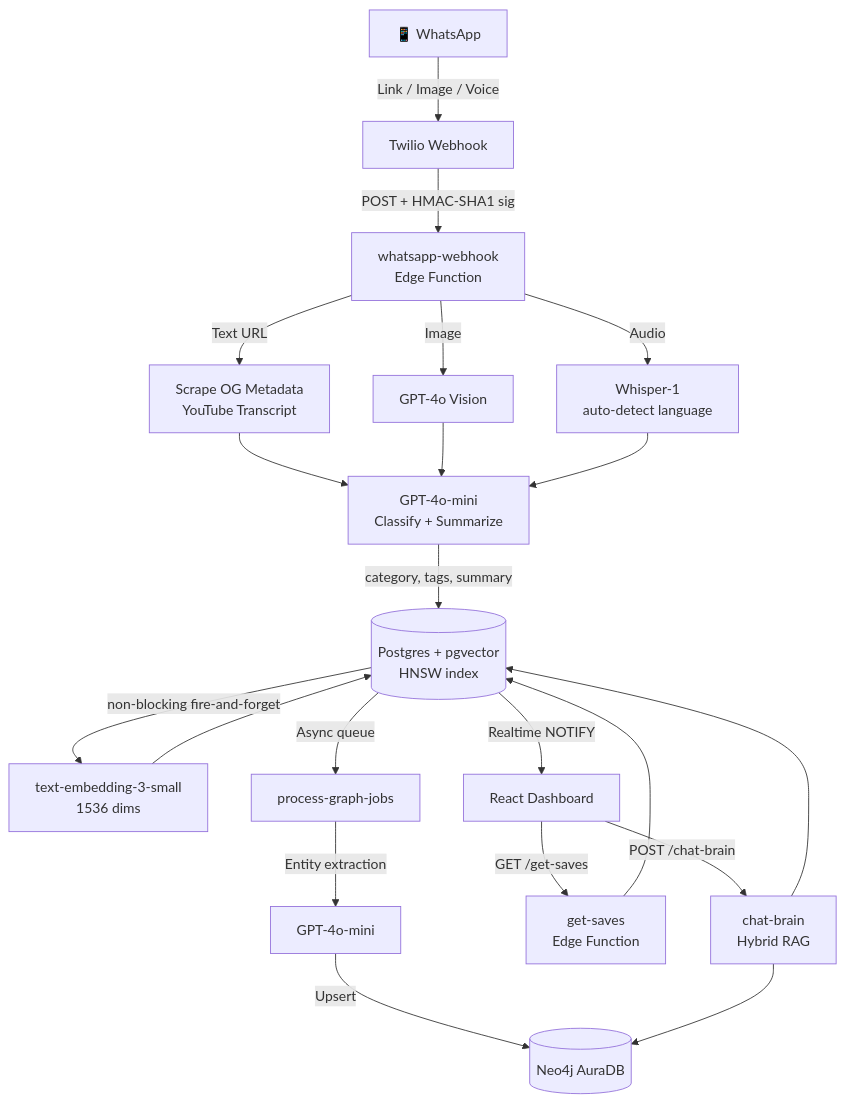
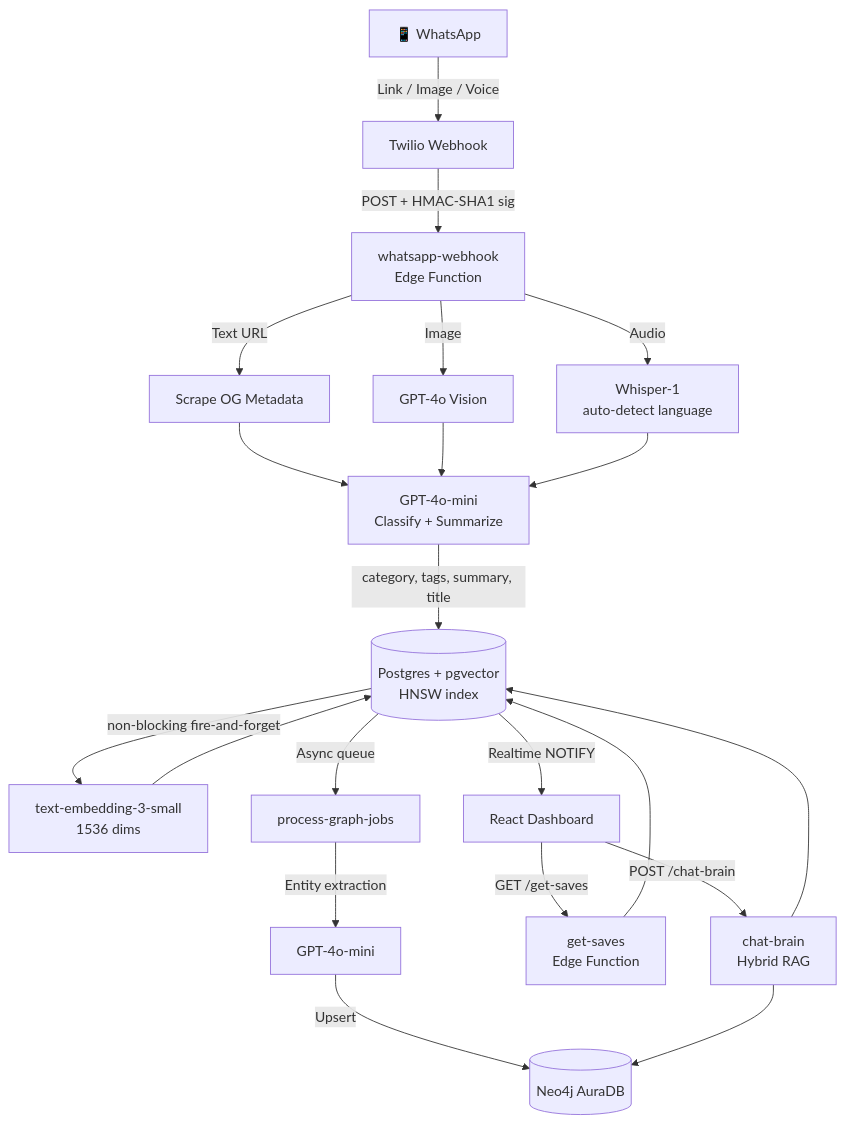
One commit to Aji-25/hack180dc changed the first of 2 diagrams in README.md. Above: the diagram before and after it, drawn with Mermaid. The commit also changed other lines of this file and 5 other files, not shown here.

````diff
--- a/README.md
+++ b/README.md
@@ -92,20 +125,20 @@
 ```mermaid
 flowchart TD
     A["📱 WhatsApp"] -->|Link / Image / Voice| B["Twilio Webhook"]
     B -->|POST + HMAC-SHA1 sig| C["whatsapp-webhook\nEdge Function"]
-    C -->|Text URL| D["Scrape OG Metadata\nYouTube Transcript"]
+    C -->|Text URL| D["Scrape OG Metadata"]
     C -->|Image| E["GPT-4o Vision"]
     C -->|Audio| F["Whisper-1\nauto-detect language"]
     D & E & F --> G["GPT-4o-mini\nClassify + Summarize"]
-    G -->|category, tags, summary| H[("Postgres + pgvector\nHNSW index")]
+    G -->|category, tags, summary, title| H[("Postgres + pgvector\nHNSW index")]
     H -->|non-blocking fire-and-forget| I2["text-embedding-3-small\n1536 dims"]
     I2 --> H
     H -->|Async queue| I["process-graph-jobs"]
     I -->|Entity extraction| J["GPT-4o-mini"]
     J -->|Upsert| K[("Neo4j AuraDB")]
     H -->|Realtime NOTIFY| L["React Dashboard"]
     L -->|GET /get-saves| M["get-saves\nEdge Function"]
     M --> H
     L -->|POST /chat-brain| N["chat-brain\nHybrid RAG"]
     N --> H & K
 ```
````
